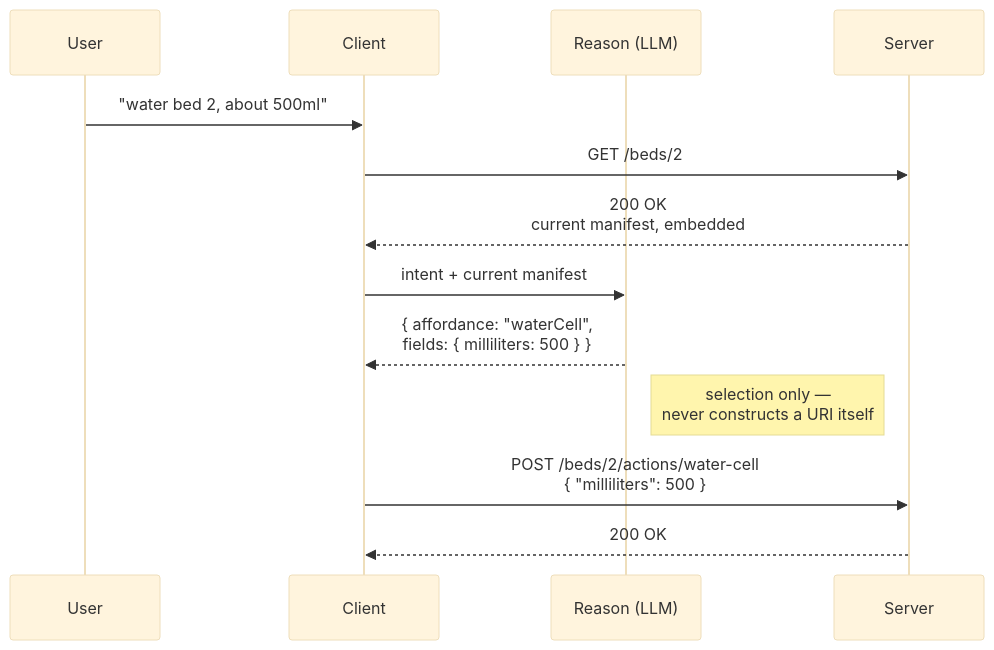
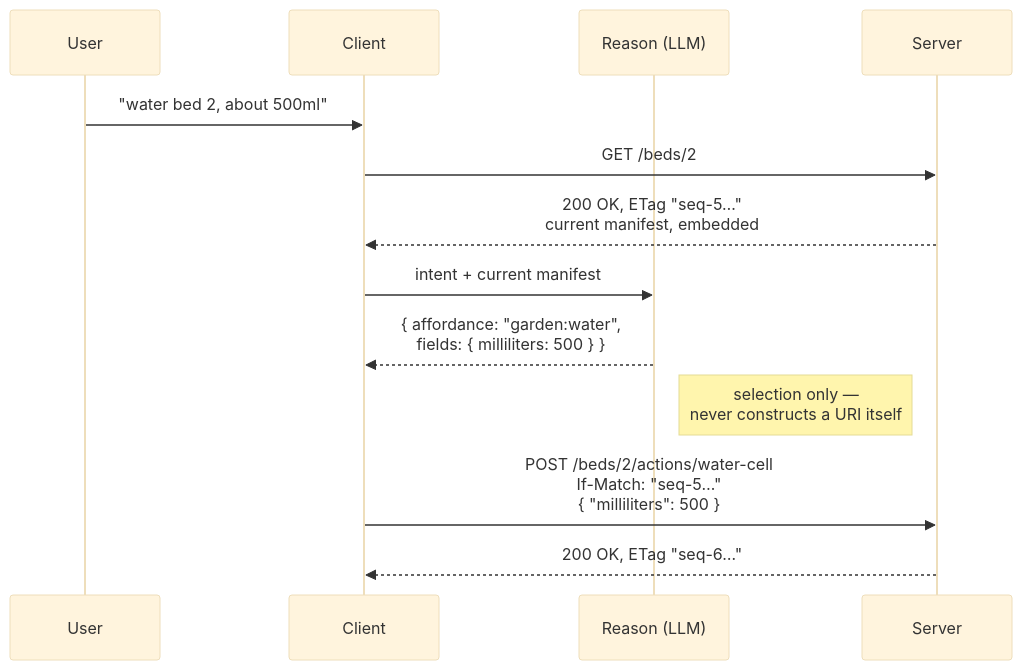
The seventh of 7 diagrams in spec/SPEC.md (JogoShugh/heart-rise-artie), drawn with Mermaid (base theme) before and after one commit. The commit also changed other lines of this file, not shown here.

First line of the commit message:
SPEC 0.5: the status as built; non-goals that §6.12 and §6.13 now cover; 409 only ever a fresh act outside the manifest; L6 diagram with If-Match; RISE relations under hr:; §9.4 scripts and replay; §12 and §13 brought up to date

````diff
--- a/spec/SPEC.md
+++ b/spec/SPEC.md
@@ -842,19 +842,19 @@
 ```mermaid
 sequenceDiagram
     participant User
     participant Client
     participant Reason as Reason (LLM)
     participant Server
 
     User->>Client: "water bed 2, about 500ml"
 
     Client->>Server: GET /beds/2
-    Server-->>Client: 200 OK<br/>current manifest, embedded
+    Server-->>Client: 200 OK, ETag "seq-5…"<br/>current manifest, embedded
 
     Client->>Reason: intent + current manifest
-    Reason-->>Client: { affordance: "waterCell",<br/>fields: { milliliters: 500 } }
+    Reason-->>Client: { affordance: "garden:water",<br/>fields: { milliliters: 500 } }
     Note right of Reason: selection only —<br/>never constructs a URI itself
 
-    Client->>Server: POST /beds/2/actions/water-cell<br/>{ "milliliters": 500 }
-    Server-->>Client: 200 OK
+    Client->>Server: POST /beds/2/actions/water-cell<br/>If-Match: "seq-5…"<br/>{ "milliliters": 500 }
+    Server-->>Client: 200 OK, ETag "seq-6…"
 ```
````
